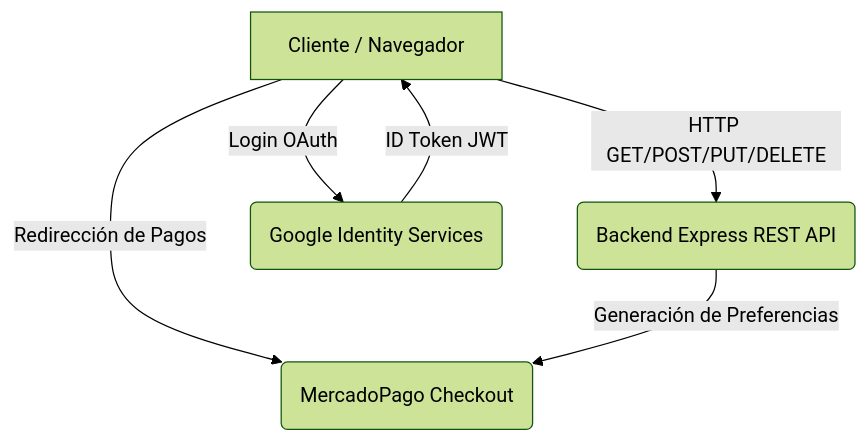
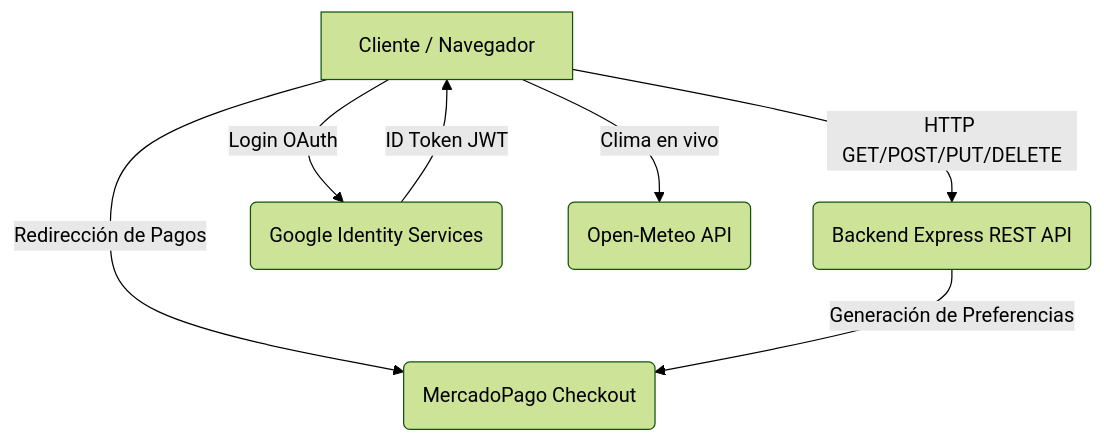
One commit to mauriciozalazar29/proyfrontendgrupo13 changed the diagram in README.md. Above: the diagram before and after it, drawn with Mermaid (forest theme). The commit also changed other lines of this file and 6 other files, not shown here.

````diff
--- a/README.md
+++ b/README.md
@@ -21,9 +20,10 @@
 ```mermaid
 graph TD
     A[Cliente / Navegador] -->|HTTP GET/POST/PUT/DELETE| B(Backend Express REST API)
     A -->|Login OAuth| C(Google Identity Services)
+    A -->|Clima en vivo| E(Open-Meteo API)
     A -->|Redirección de Pagos| D(MercadoPago Checkout)
     
     B -->|Generación de Preferencias| D
     C -->|ID Token JWT| A
 ```
````
